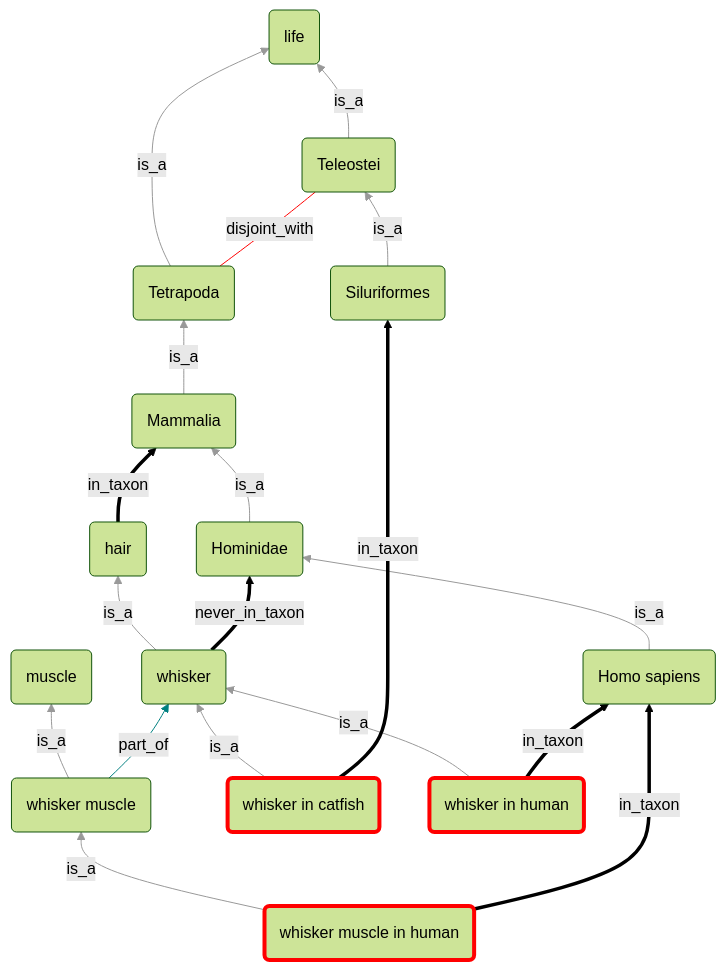
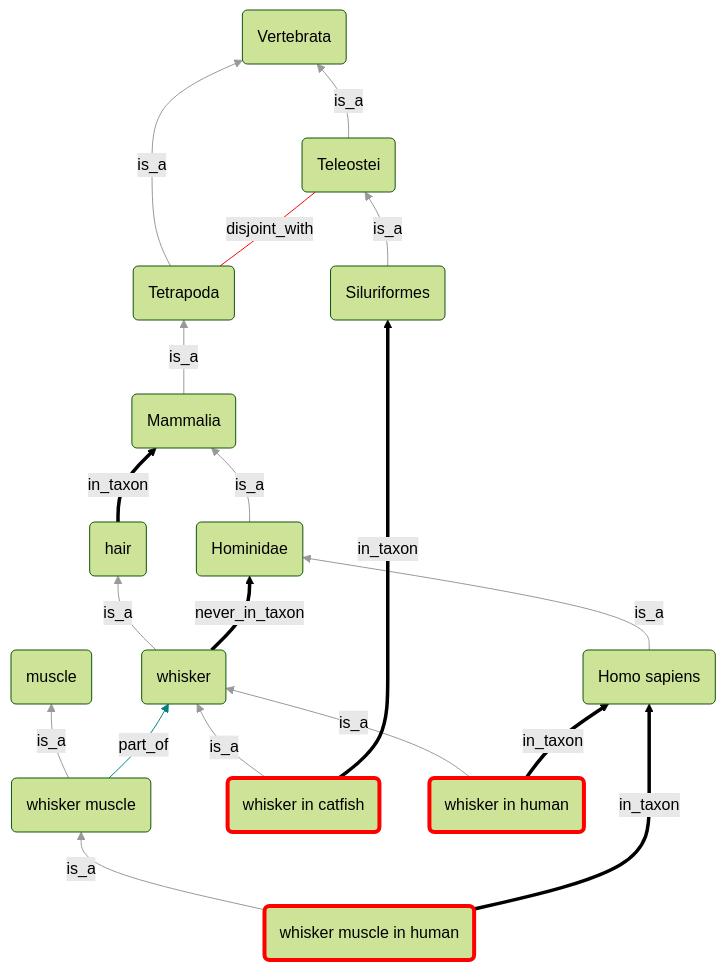
The fifth of 5 diagrams in docs/explanation/taxon-constraints-explainer.md (OBOAcademy/obook), drawn with Mermaid (forest theme) before and after one commit. The commit also changed other lines of this file, not shown here.

````diff
--- a/docs/explanation/taxon-constraints-explainer.md
+++ b/docs/explanation/taxon-constraints-explainer.md
@@ -185,52 +184,52 @@
 ```mermaid
      %% Future editors, note that link styles are applied according to the link index, so be careful if adding or removing links.
      graph BT;
        n1(hair) ;
        n2(whisker) ;
        n3(muscle) ;
        n4(whisker muscle) ;
        n5(whisker muscle in human) ;
        n6(whisker in catfish) ;
        n7(whisker in human) ;
-       n8(life) ;
+       n8(Vertebrata) ;
        n9(Teleostei) ;
        n10(Siluriformes) ;
        n11(Tetrapoda) ;
        n12(Mammalia) ;
        n13(Hominidae) ;
        n14(Homo sapiens) ;
        n2--is_a-->n1 ;
        n4--is_a-->n3 ;
        n9--is_a-->n8 ;
        n10--is_a-->n9 ;
        n11--is_a-->n8 ;
        n12--is_a-->n11 ;
        n13--is_a-->n12 ;
        n14--is_a-->n13 ;
        n5--is_a-->n4 ;
        n6--is_a-->n2 ;
        n7--is_a-->n2 ;
        n4--part_of-->n2 ;
        n11 --disjoint_with--- n9 ;
        n1==in_taxon==>n12 ;
        n2==never_in_taxon==>n13 ;
        n5==in_taxon==>n14 ;
        n7==in_taxon==>n14 ;
        n6==in_taxon==>n10 ;
        linkStyle 0 stroke:#999 ;
        linkStyle 1 stroke:#999 ;
        linkStyle 2 stroke:#999 ;
        linkStyle 3 stroke:#999 ;
        linkStyle 4 stroke:#999 ;
        linkStyle 5 stroke:#999 ;
        linkStyle 6 stroke:#999 ;
        linkStyle 7 stroke:#999 ;
        linkStyle 8 stroke:#999 ;
        linkStyle 9 stroke:#999 ;
        linkStyle 10 stroke:#999 ;
        linkStyle 11 stroke:#008080 ;
        linkStyle 12 stroke:red ;
        style n5 stroke-width:4px,stroke:red ;
        style n6 stroke-width:4px,stroke:red ;
        style n7 stroke-width:4px,stroke:red ;
    ```
````
